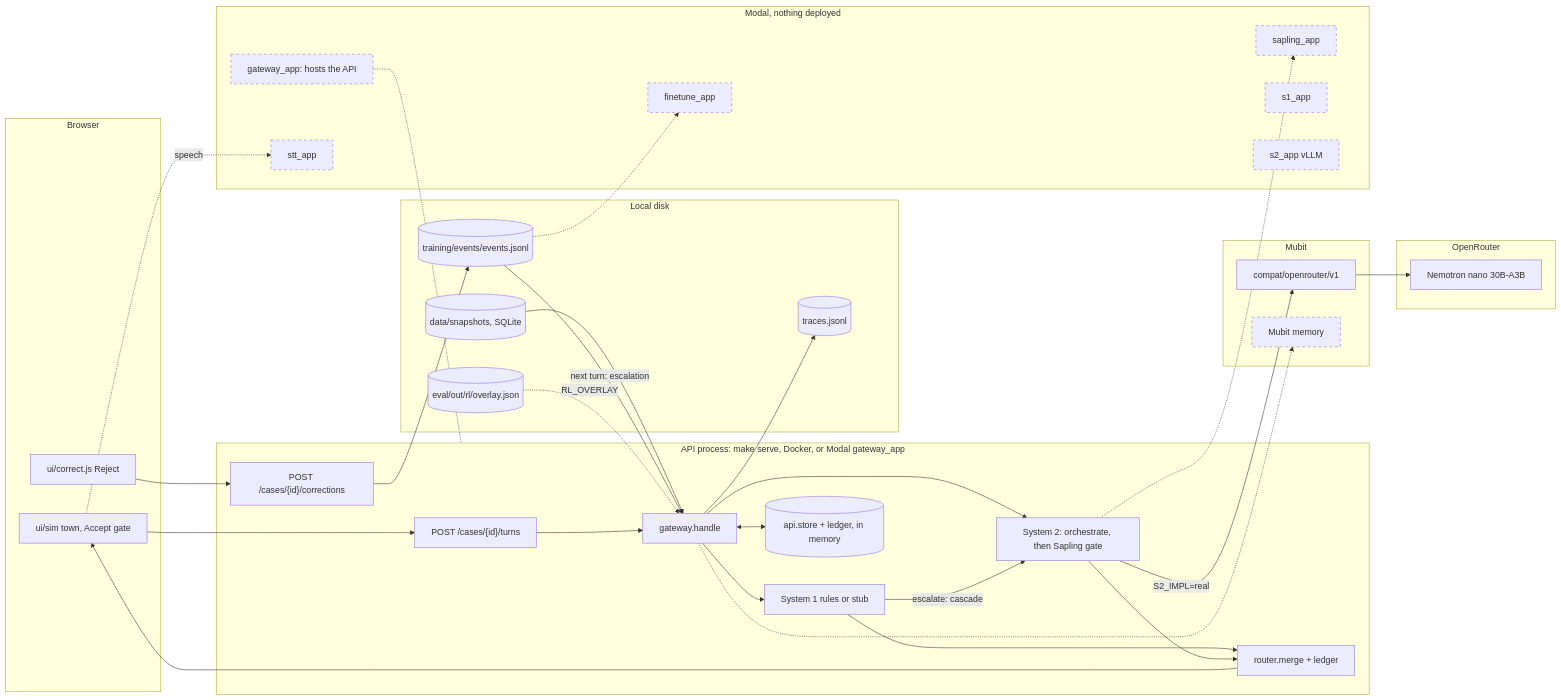
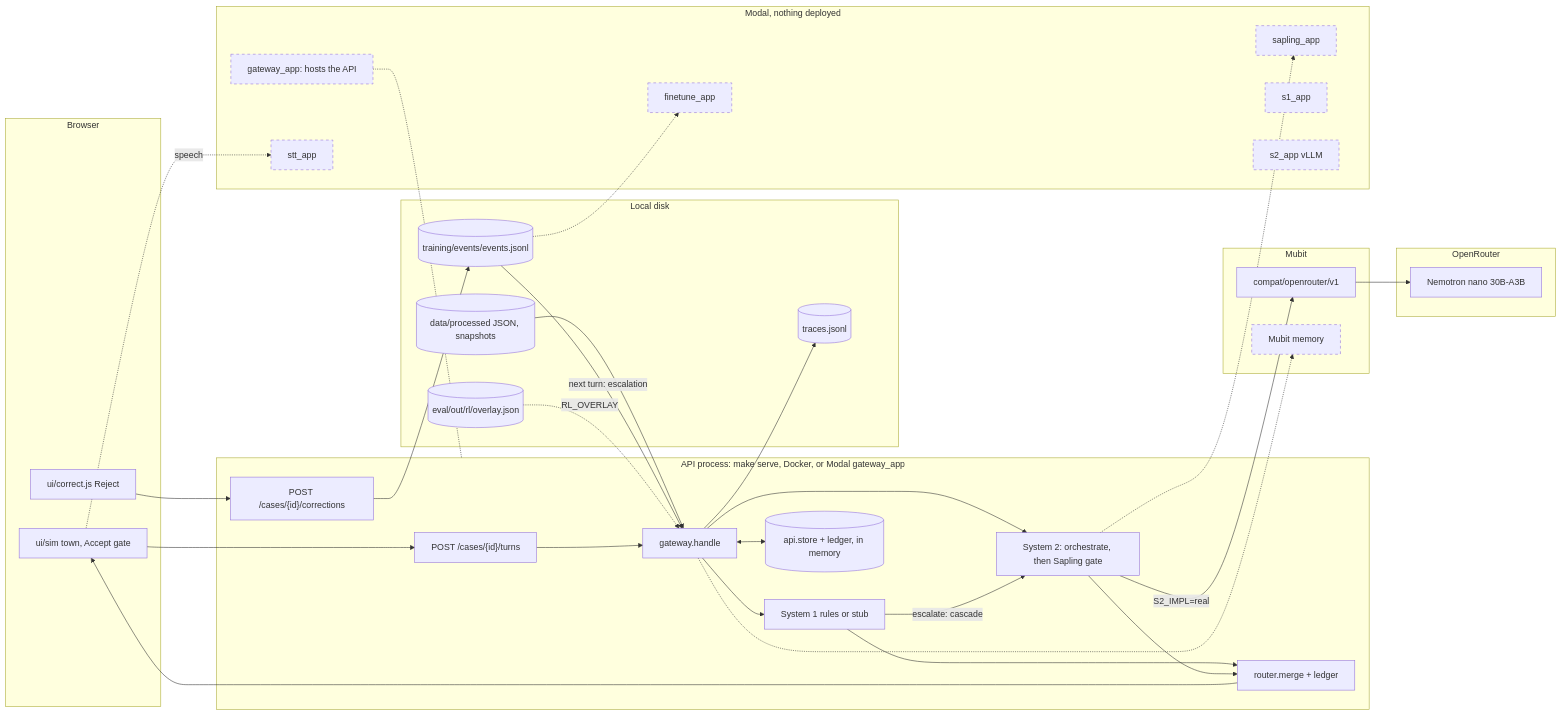
The third of 3 diagrams in BaanSafe_Revised_Architecture.md (melaniepreen/Baan-Safe), drawn with Mermaid before and after one commit. The commit also changed other lines of this file and 2 other files, not shown here.

First line of the commit message:
docs: refresh architecture diagram (fa8a4ca)

````diff
--- a/BaanSafe_Revised_Architecture.md
+++ b/BaanSafe_Revised_Architecture.md
@@ -93,57 +95,57 @@
 ```mermaid
 flowchart LR
   classDef unwired stroke-dasharray: 5 5
   subgraph browser["Browser"]
     phone["ui/sim town, Accept gate"]
     correct["ui/correct.js Reject"]
   end
   subgraph api["API process: make serve, Docker, or Modal gateway_app"]
     turns["POST /cases/{id}/turns"]
     gw["gateway.handle"]
     s1["System 1 rules or stub"]
     s2["System 2: orchestrate, then Sapling gate"]
     router["router.merge + ledger"]
     corr["POST /cases/{id}/corrections"]
     store[("api.store + ledger, in memory")]
   end
   subgraph disk["Local disk"]
     events[("training/events/events.jsonl")]
     traces[("traces.jsonl")]
-    snaps[("data/snapshots, SQLite")]
+    snaps[("data/processed JSON, snapshots")]
     overlay[("eval/out/rl/overlay.json")]
   end
   subgraph mubit["Mubit"]
     compat["compat/openrouter/v1"]
     mmem["Mubit memory"]:::unwired
   end
   subgraph orouter["OpenRouter"]
     nano["Nemotron nano 30B-A3B"]
   end
   subgraph modal["Modal, nothing deployed"]
     gapp["gateway_app: hosts the API"]:::unwired
     sap["sapling_app"]:::unwired
     ft["finetune_app"]:::unwired
     stt["stt_app"]:::unwired
     s1app["s1_app"]:::unwired
     s2app["s2_app vLLM"]:::unwired
   end
   phone --> turns --> gw
   gw --> s1
   gw --> s2
   s1 -->|"escalate: cascade"| s2
   s2 -->|"S2_IMPL=real"| compat --> nano
   s1 --> router
   s2 --> router
   router --> phone
   gw <--> store
   gw --> traces
   snaps --> gw
   correct --> corr --> events
   events -->|"next turn: escalation"| gw
   overlay -.->|"RL_OVERLAY"| gw
   gw -.-> mmem
   s2 -.-> sap
   events -.-> ft
   phone -.->|"speech"| stt
   gapp -.- api
 ```
````
